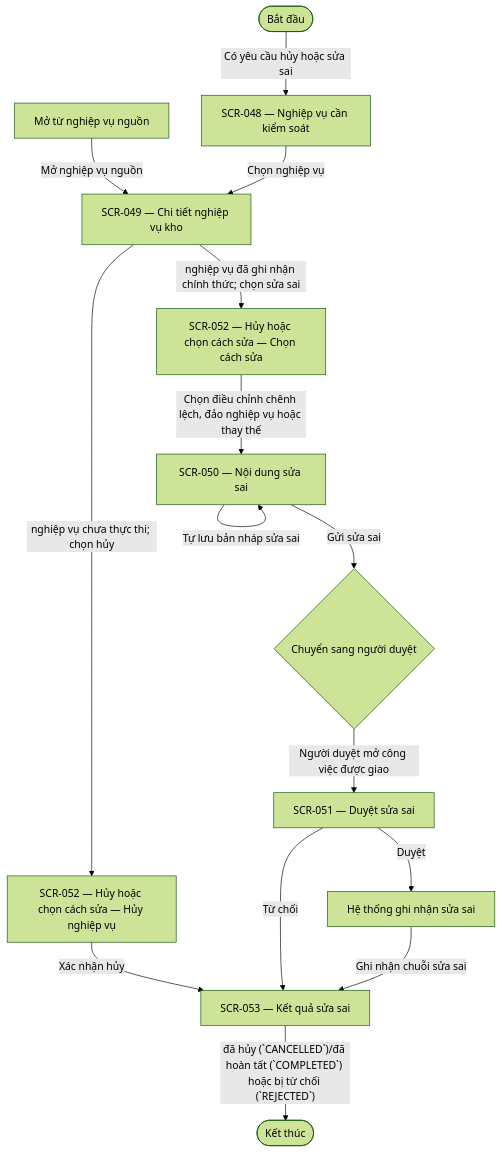
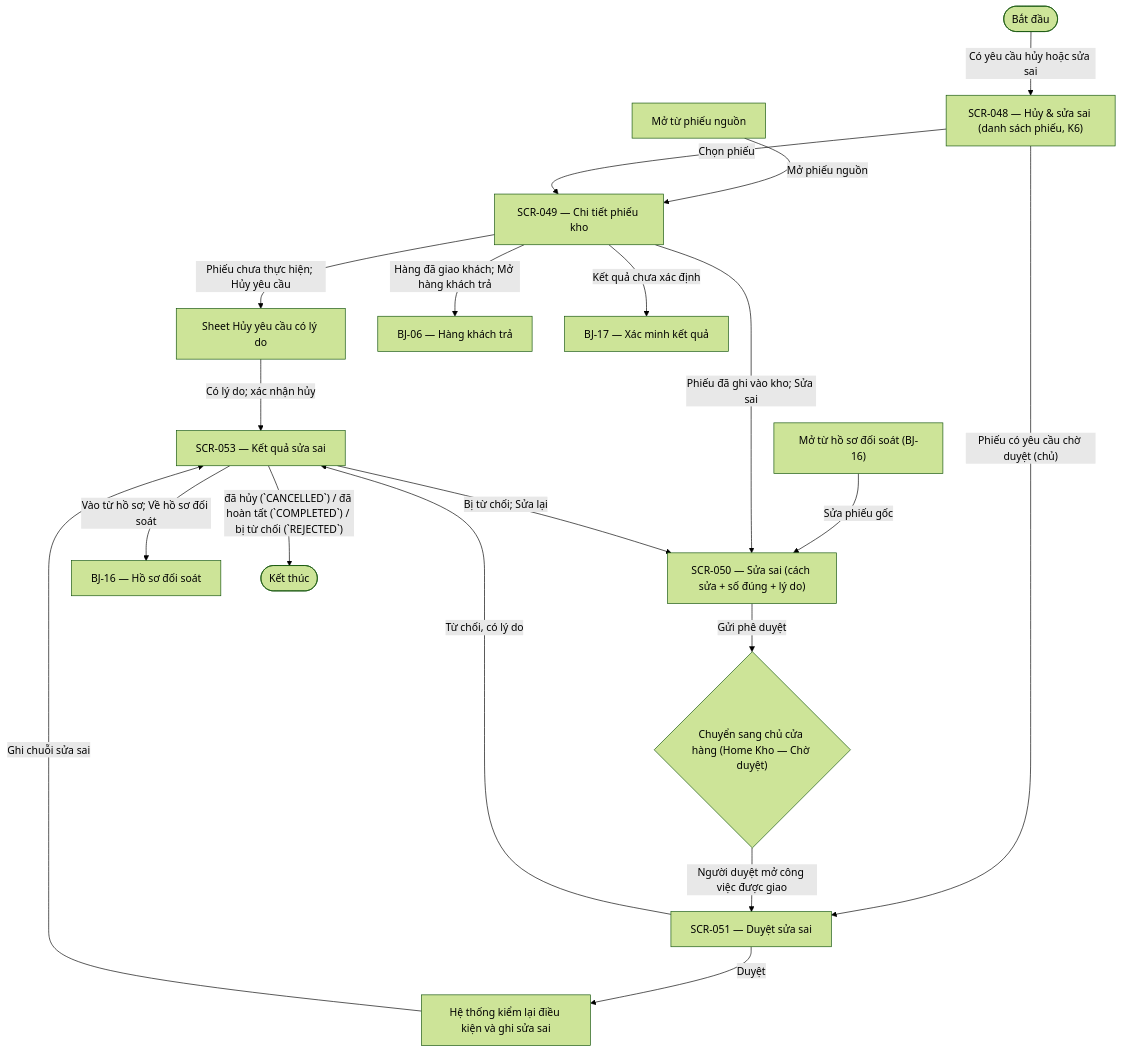
Before and after one commit to DsChien102/erp-sales-inventory: the diagram in specs/themes/theme-07/03.design/flows/UIF-11-BJ-11.md, drawn with Mermaid (forest theme). The commit also changed other lines of this file and 54 other files, not shown here.

````diff
--- a/specs/themes/theme-07/03.design/flows/UIF-11-BJ-11.md
+++ b/specs/themes/theme-07/03.design/flows/UIF-11-BJ-11.md
@@ -42,29 +43,36 @@
 ```mermaid
 flowchart TD
     BEGIN(["Bắt đầu"])
-    SCR_048["SCR-048 — Nghiệp vụ cần kiểm soát"]
-    CONTEXT_OPERATION["Mở từ nghiệp vụ nguồn"]
-    SCR_049["SCR-049 — Chi tiết nghiệp vụ kho"]
-    SCR_052_CANCEL["SCR-052 — Hủy hoặc chọn cách sửa — Hủy nghiệp vụ"]
+    SCR_048["SCR-048 — Hủy & sửa sai (danh sách phiếu, K6)"]
+    CONTEXT_OPERATION["Mở từ phiếu nguồn"]
+    CONTEXT_CASE["Mở từ hồ sơ đối soát (BJ-16)"]
+    SCR_049["SCR-049 — Chi tiết phiếu kho"]
+    CANCEL_SHEET["Sheet Hủy yêu cầu có lý do"]
+    SCR_050["SCR-050 — Sửa sai (cách sửa + số đúng + lý do)"]
+    HANDOFF_APPROVAL{"Chuyển sang chủ cửa hàng (Home Kho — Chờ duyệt)"}
+    SCR_051["SCR-051 — Duyệt sửa sai"]
+    SYSTEM_CORRECTION["Hệ thống kiểm lại điều kiện và ghi sửa sai"]
     SCR_053["SCR-053 — Kết quả sửa sai"]
-    SCR_052_STRATEGY["SCR-052 — Hủy hoặc chọn cách sửa — Chọn cách sửa"]
-    SCR_050["SCR-050 — Nội dung sửa sai"]
-    HANDOFF_APPROVAL{"Chuyển sang người duyệt"}
-    SCR_051["SCR-051 — Duyệt sửa sai"]
-    SYSTEM_CORRECTION["Hệ thống ghi nhận sửa sai"]
+    BJ_06["BJ-06 — Hàng khách trả"]
+    BJ_16["BJ-16 — Hồ sơ đối soát"]
+    BJ_17["BJ-17 — Xác minh kết quả"]
     END(["Kết thúc"])
     BEGIN -->|"Có yêu cầu hủy hoặc sửa sai"| SCR_048
-    CONTEXT_OPERATION -->|"Mở nghiệp vụ nguồn"| SCR_049
-    SCR_048 -->|"Chọn nghiệp vụ"| SCR_049
-    SCR_049 -->|"nghiệp vụ chưa thực thi; chọn hủy"| SCR_052_CANCEL
-    SCR_052_CANCEL -->|"Xác nhận hủy"| SCR_053
-    SCR_049 -->|"nghiệp vụ đã ghi nhận chính thức; chọn sửa sai"| SCR_052_STRATEGY
-    SCR_052_STRATEGY -->|"Chọn điều chỉnh chênh lệch, đảo nghiệp vụ hoặc thay thế"| SCR_050
-    SCR_050 -->|"Tự lưu bản nháp sửa sai"| SCR_050
-    SCR_050 -->|"Gửi sửa sai"| HANDOFF_APPROVAL
+    CONTEXT_OPERATION -->|"Mở phiếu nguồn"| SCR_049
+    CONTEXT_CASE -->|"Sửa phiếu gốc"| SCR_050
+    SCR_048 -->|"Chọn phiếu"| SCR_049
+    SCR_048 -->|"Phiếu có yêu cầu chờ duyệt (chủ)"| SCR_051
+    SCR_049 -->|"Phiếu chưa thực hiện; Hủy yêu cầu"| CANCEL_SHEET
+    CANCEL_SHEET -->|"Có lý do; xác nhận hủy"| SCR_053
+    SCR_049 -->|"Phiếu đã ghi vào kho; Sửa sai"| SCR_050
+    SCR_049 -->|"Hàng đã giao khách; Mở hàng khách trả"| BJ_06
+    SCR_049 -->|"Kết quả chưa xác định"| BJ_17
+    SCR_050 -->|"Gửi phê duyệt"| HANDOFF_APPROVAL
     HANDOFF_APPROVAL -->|"Người duyệt mở công việc được giao"| SCR_051
-    SCR_051 -->|"Từ chối"| SCR_053
+    SCR_051 -->|"Từ chối, có lý do"| SCR_053
     SCR_051 -->|"Duyệt"| SYSTEM_CORRECTION
-    SYSTEM_CORRECTION -->|"Ghi nhận chuỗi sửa sai"| SCR_053
-    SCR_053 -->|"đã hủy (`CANCELLED`)/đã hoàn tất (`COMPLETED`) hoặc bị từ chối (`REJECTED`)"| END
+    SYSTEM_CORRECTION -->|"Ghi chuỗi sửa sai"| SCR_053
+    SCR_053 -->|"Bị từ chối; Sửa lại"| SCR_050
+    SCR_053 -->|"Vào từ hồ sơ; Về hồ sơ đối soát"| BJ_16
+    SCR_053 -->|"đã hủy (`CANCELLED`) / đã hoàn tất (`COMPLETED`) / bị từ chối (`REJECTED`)"| END
 ```
````
